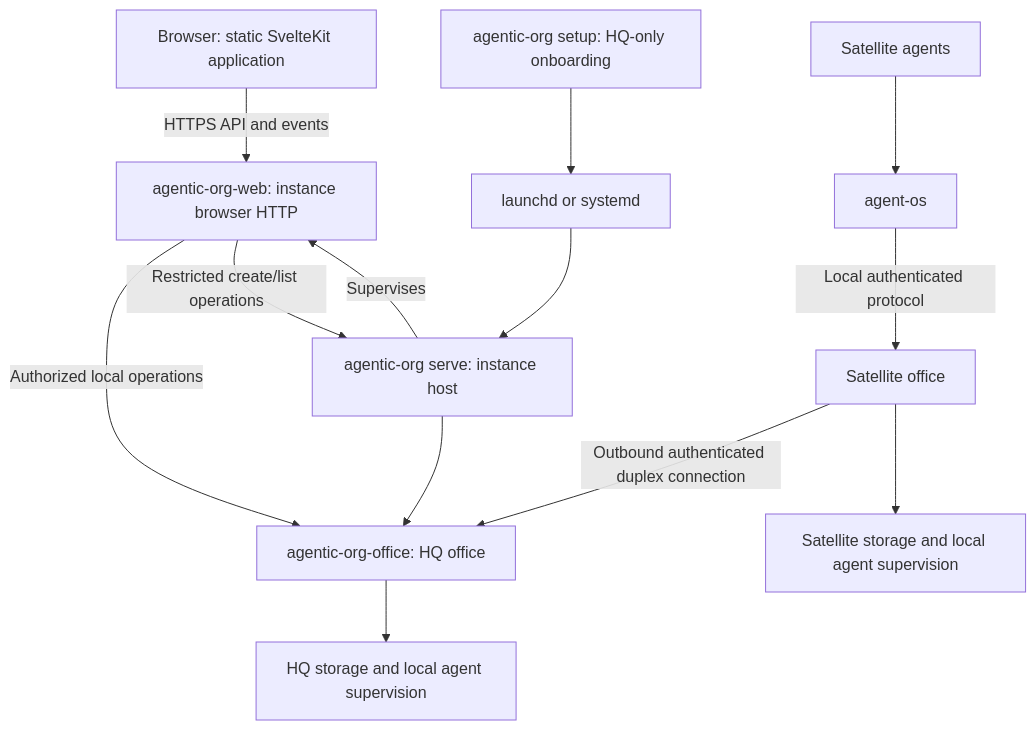
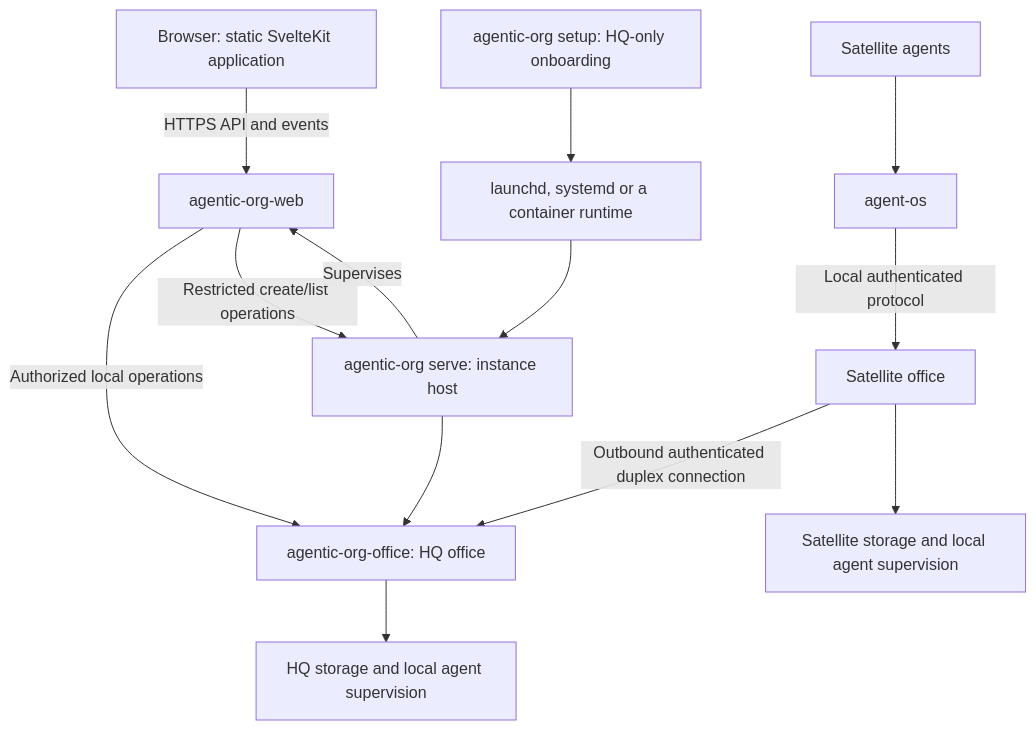
The diagram in docs/design/standalone-server.md (vgmello/agentic-org), drawn with Mermaid before and after one commit. The commit also changed other lines of this file and 6 other files, not shown here.

````diff
--- a/docs/design/standalone-server.md
+++ b/docs/design/standalone-server.md
@@ -24,15 +15,15 @@
 ```mermaid
 flowchart TD
-    Browser[Browser: static SvelteKit application] -->|HTTPS API and events| Web[agentic-org-web: instance browser HTTP]
+    Browser[Browser: static SvelteKit application] -->|HTTPS API and events| Web[agentic-org-web]
     Web -->|Authorized local operations| HQ[agentic-org-office: HQ office]
     Web -->|Restricted create/list operations| Instance
     HQ --> HQWork[HQ storage and local agent supervision]
     Sat[Satellite office] -->|Outbound authenticated duplex connection| HQ
     Sat --> SatWork[Satellite storage and local agent supervision]
     Agents[Satellite agents] --> CLI[agent-os]
     CLI -->|Local authenticated protocol| Sat
-    OS[launchd or systemd] --> Instance[agentic-org serve: instance host]
+    OS[launchd, systemd or a container runtime] --> Instance[agentic-org serve: instance host]
     Instance --> HQ
     Instance -->|Supervises| Web
     Setup[agentic-org setup: HQ-only onboarding] --> OS
 ```
````
